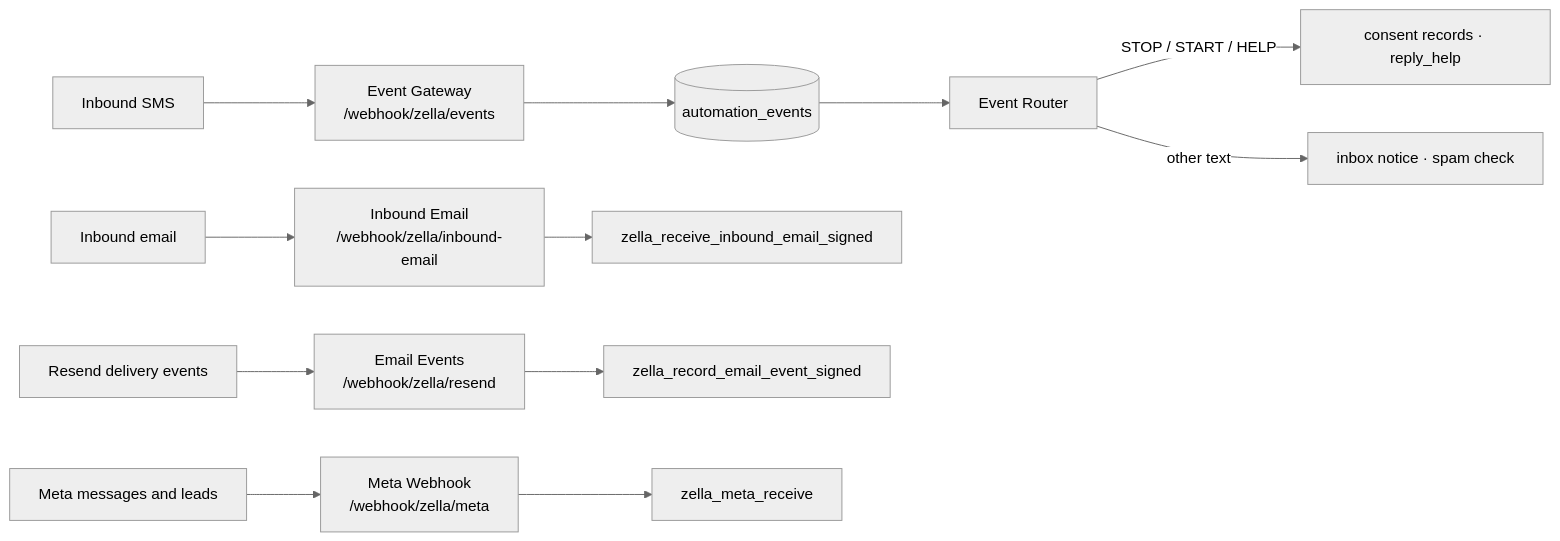
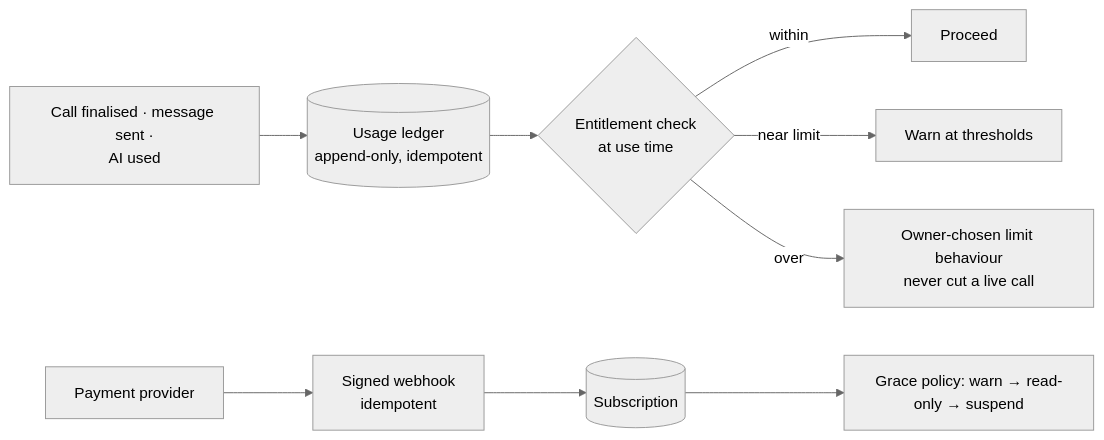
Before and after one commit to singhdhruv525-source/Zella-AI: diagram 13 of 14 in docs/ARCHITECTURE.md, drawn with Mermaid (neutral theme). The commit also changed other lines of this file and 1 other file, not shown here.

````diff
--- a/docs/ARCHITECTURE.md
+++ b/docs/ARCHITECTURE.md
@@ -541,9 +941,10 @@
 ```mermaid
 flowchart LR
-  sms[Inbound SMS] --> gw[Event Gateway<br/>/webhook/zella/events] --> ev[(automation_events)] --> rt[Event Router]
-  rt -->|STOP / START / HELP| cons[consent records · reply_help]
-  rt -->|other text| inbox[inbox notice · spam check]
-  em[Inbound email] --> ie[Inbound Email<br/>/webhook/zella/inbound-email] --> rcv[zella_receive_inbound_email_signed]
-  evt[Resend delivery events] --> ee[Email Events<br/>/webhook/zella/resend] --> rec[zella_record_email_event_signed]
-  mw[Meta messages and leads] --> mh[Meta Webhook<br/>/webhook/zella/meta] --> mr[zella_meta_receive]
+  ev[Call finalised · message sent ·<br/>AI used] --> led[(Usage ledger<br/>append-only, idempotent)]
+  led --> ent{Entitlement check<br/>at use time}
+  ent -- within --> ok[Proceed]
+  ent -- near limit --> warn[Warn at thresholds]
+  ent -- over --> lim[Owner-chosen limit behaviour<br/>never cut a live call]
+  pp[Payment provider] --> wh[Signed webhook<br/>idempotent] --> sub[(Subscription)]
+  sub --> grace[Grace policy: warn → read-only → suspend]
 ```
````
